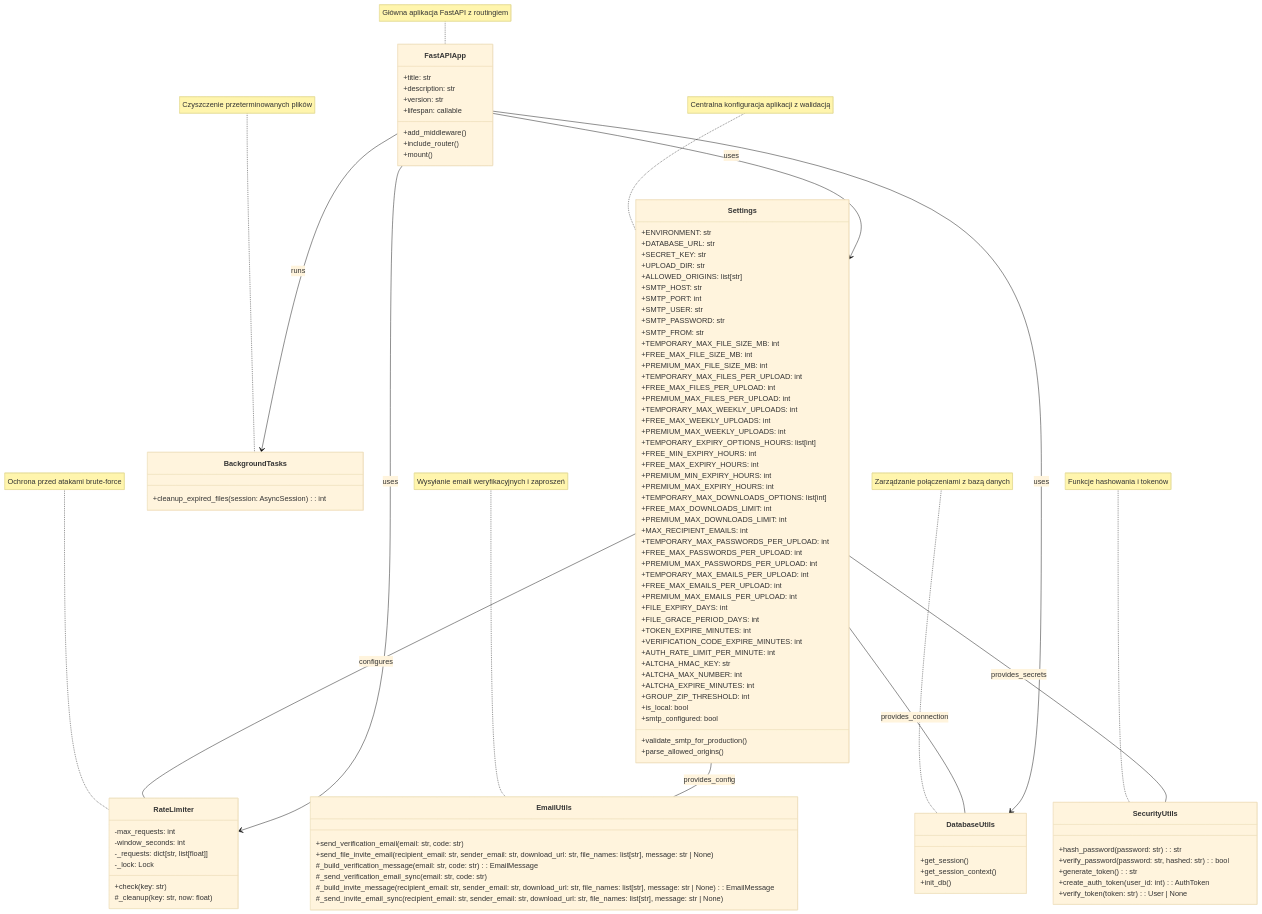
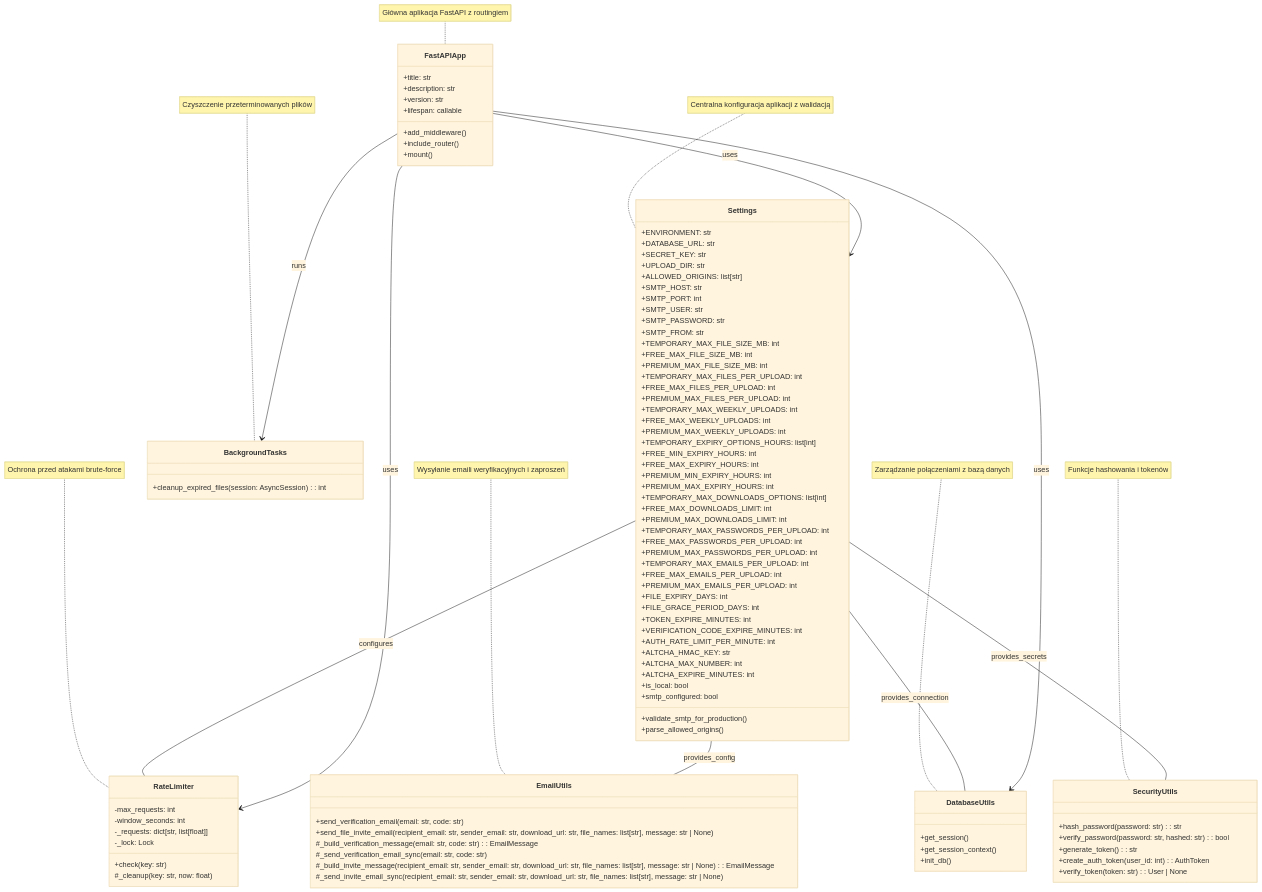
The diagram in documentation/UMLClassDiagrams/backend-utilities.md (ThePhaseless/SendR), drawn with Mermaid (base theme) before and after one commit. The commit also changed 24 other files, not shown here.

```diff
--- a/documentation/UMLClassDiagrams/backend-utilities.md
+++ b/documentation/UMLClassDiagrams/backend-utilities.md
@@ -31,7 +31,6 @@
       +TEMPORARY_MAX_DOWNLOADS_OPTIONS: list[int]
       +FREE_MAX_DOWNLOADS_LIMIT: int
       +PREMIUM_MAX_DOWNLOADS_LIMIT: int
-      +MAX_RECIPIENT_EMAILS: int
       +TEMPORARY_MAX_PASSWORDS_PER_UPLOAD: int
       +FREE_MAX_PASSWORDS_PER_UPLOAD: int
       +PREMIUM_MAX_PASSWORDS_PER_UPLOAD: int
@@ -46,7 +45,6 @@
       +ALTCHA_HMAC_KEY: str
       +ALTCHA_MAX_NUMBER: int
       +ALTCHA_EXPIRE_MINUTES: int
-      +GROUP_ZIP_THRESHOLD: int
       +is_local: bool
       +smtp_configured: bool
       +validate_smtp_for_production()
```
